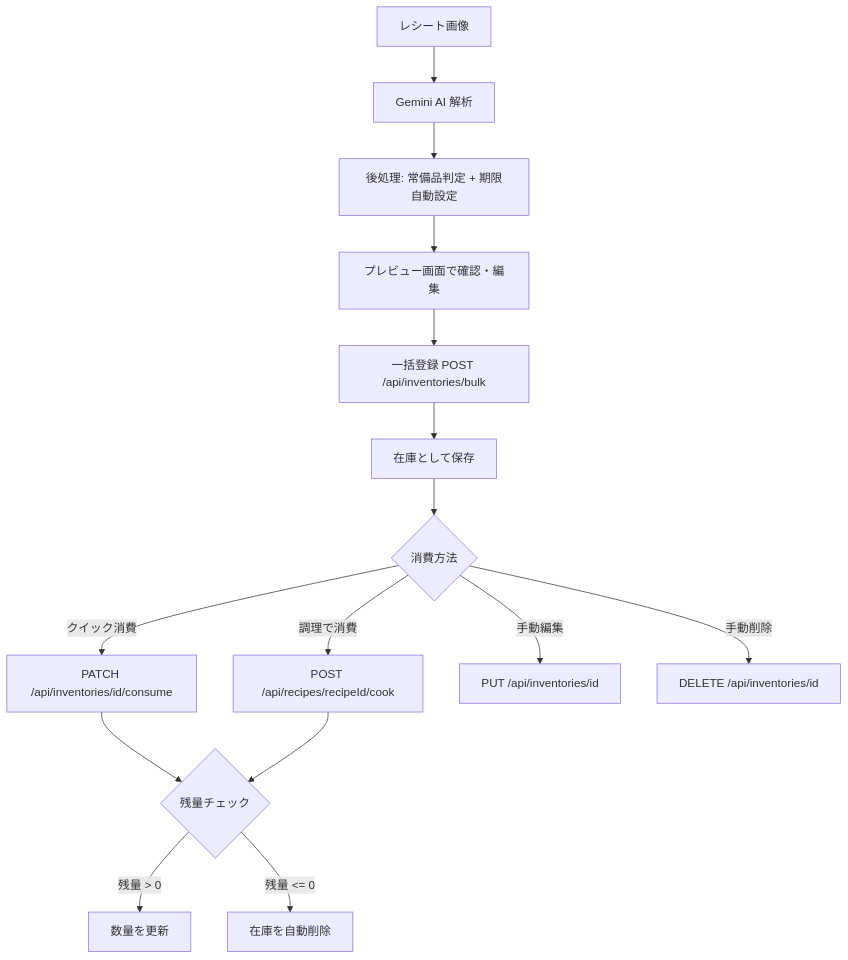
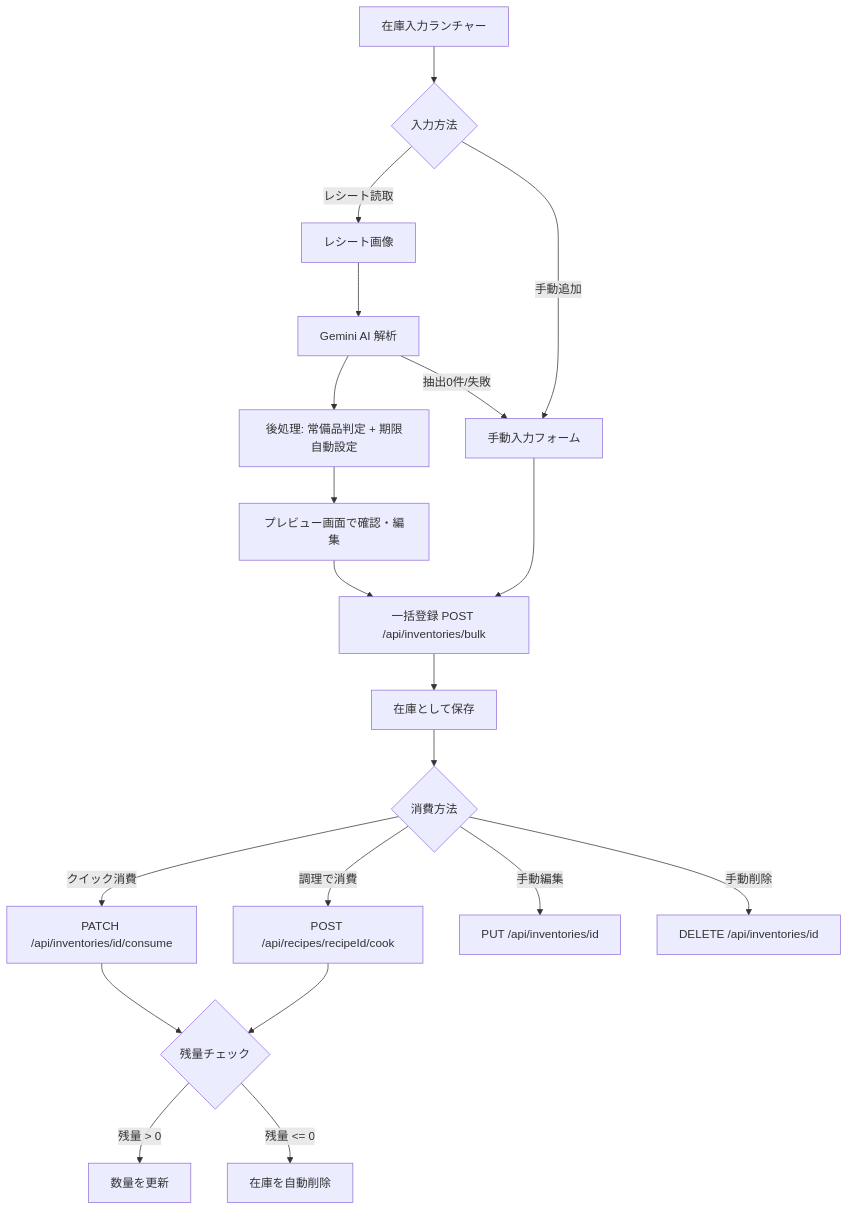
Before and after one commit to hidaken991018/mini_hackathonv2: the first of 6 diagrams in docs/inventory-logic.md, drawn with Mermaid. The commit also changed other lines of this file and 9 other files, not shown here.

````diff
--- a/docs/inventory-logic.md
+++ b/docs/inventory-logic.md
@@ -13,19 +13,24 @@
 ```mermaid
 flowchart TD
-    A[レシート画像] --> B[Gemini AI 解析]
-    B --> C[後処理: 常備品判定 + 期限自動設定]
-    C --> D[プレビュー画面で確認・編集]
-    D --> E[一括登録 POST /api/inventories/bulk]
-    E --> F[在庫として保存]
+    A[在庫入力ランチャー] --> B{入力方法}
+    B -->|レシート読取| C[レシート画像]
+    B -->|手動追加| D[手動入力フォーム]
+    C --> E[Gemini AI 解析]
+    E --> F[後処理: 常備品判定 + 期限自動設定]
+    F --> G[プレビュー画面で確認・編集]
+    G --> H[一括登録 POST /api/inventories/bulk]
+    E -->|抽出0件/失敗| D
+    D --> H
+    H --> I[在庫として保存]
 
-    F --> G{消費方法}
-    G -->|クイック消費| H[PATCH /api/inventories/id/consume]
-    G -->|調理で消費| I[POST /api/recipes/recipeId/cook]
-    G -->|手動編集| J[PUT /api/inventories/id]
-    G -->|手動削除| K[DELETE /api/inventories/id]
+    I --> J{消費方法}
+    J -->|クイック消費| K[PATCH /api/inventories/id/consume]
+    J -->|調理で消費| L[POST /api/recipes/recipeId/cook]
+    J -->|手動編集| M[PUT /api/inventories/id]
+    J -->|手動削除| N[DELETE /api/inventories/id]
 
-    H --> L{残量チェック}
-    I --> L
-    L -->|残量 > 0| M[数量を更新]
-    L -->|残量 <= 0| N[在庫を自動削除]
+    K --> O{残量チェック}
+    L --> O
+    O -->|残量 > 0| P[数量を更新]
+    O -->|残量 <= 0| Q[在庫を自動削除]
 ```
````
